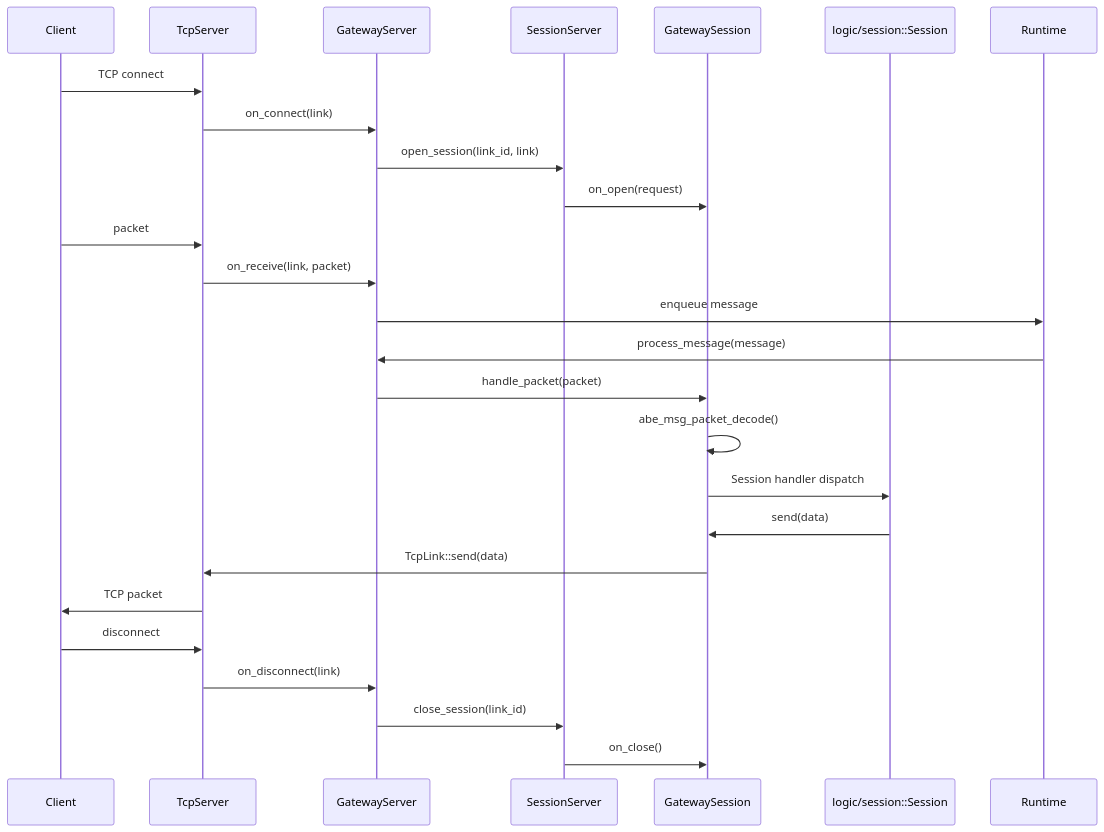
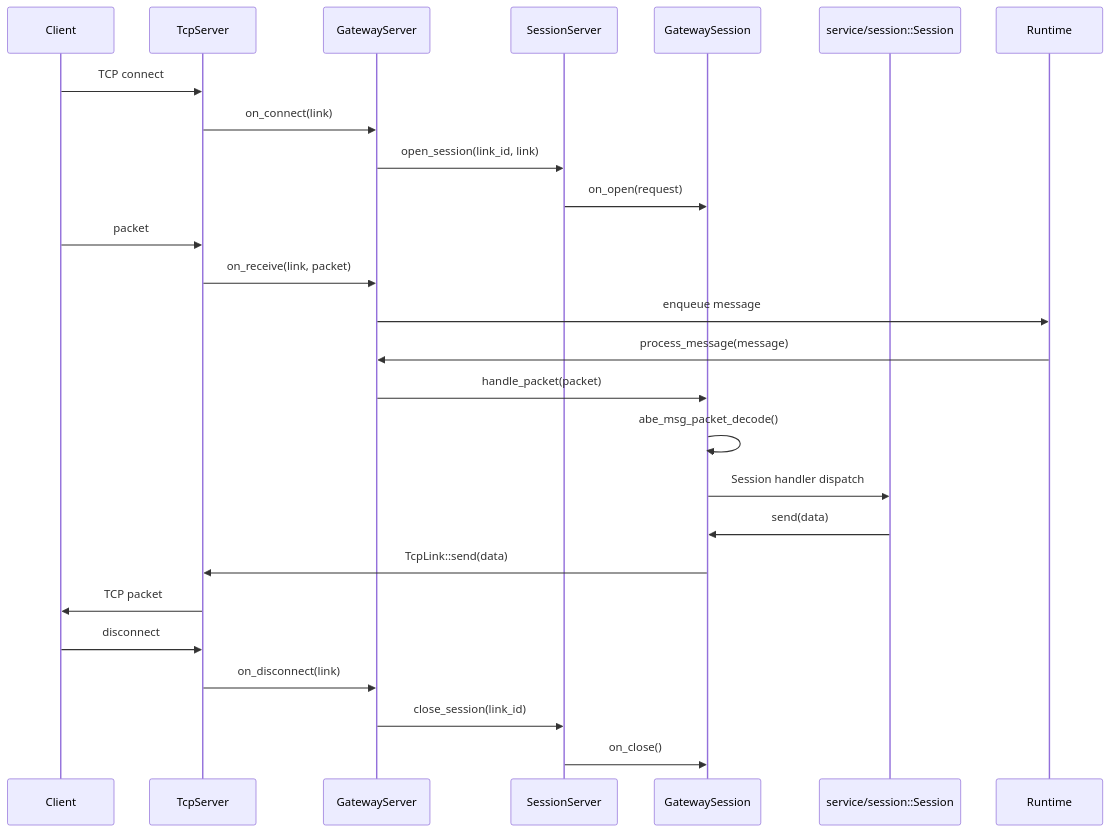
One commit to drog791109/abe_egine changed the second of 2 diagrams in doc/remain.md. Above: the diagram before and after it, drawn with Mermaid. The commit also changed other lines of this file and 49 other files, not shown here.

````diff
--- a/doc/remain.md
+++ b/doc/remain.md
@@ -22,31 +22,31 @@
 ```mermaid
 sequenceDiagram
     participant Client
     participant TcpServer
     participant GatewayServer
     participant SessionServer
     participant GatewaySession
-    participant LogicSession as logic/session::Session
+    participant ServiceSession as service/session::Session
 
     Client->>TcpServer: TCP connect
     TcpServer->>GatewayServer: on_connect(link)
     GatewayServer->>SessionServer: open_session(link_id, link)
     SessionServer->>GatewaySession: on_open(request)
 
     Client->>TcpServer: packet
     TcpServer->>GatewayServer: on_receive(link, packet)
     GatewayServer->>Runtime: enqueue message
     Runtime->>GatewayServer: process_message(message)
     GatewayServer->>GatewaySession: handle_packet(packet)
     GatewaySession->>GatewaySession: abe_msg_packet_decode()
-    GatewaySession->>LogicSession: Session handler dispatch
+    GatewaySession->>ServiceSession: Session handler dispatch
 
-    LogicSession->>GatewaySession: send(data)
+    ServiceSession->>GatewaySession: send(data)
     GatewaySession->>TcpServer: TcpLink::send(data)
     TcpServer->>Client: TCP packet
 
     Client->>TcpServer: disconnect
     TcpServer->>GatewayServer: on_disconnect(link)
     GatewayServer->>SessionServer: close_session(link_id)
     SessionServer->>GatewaySession: on_close()
 ```
````
